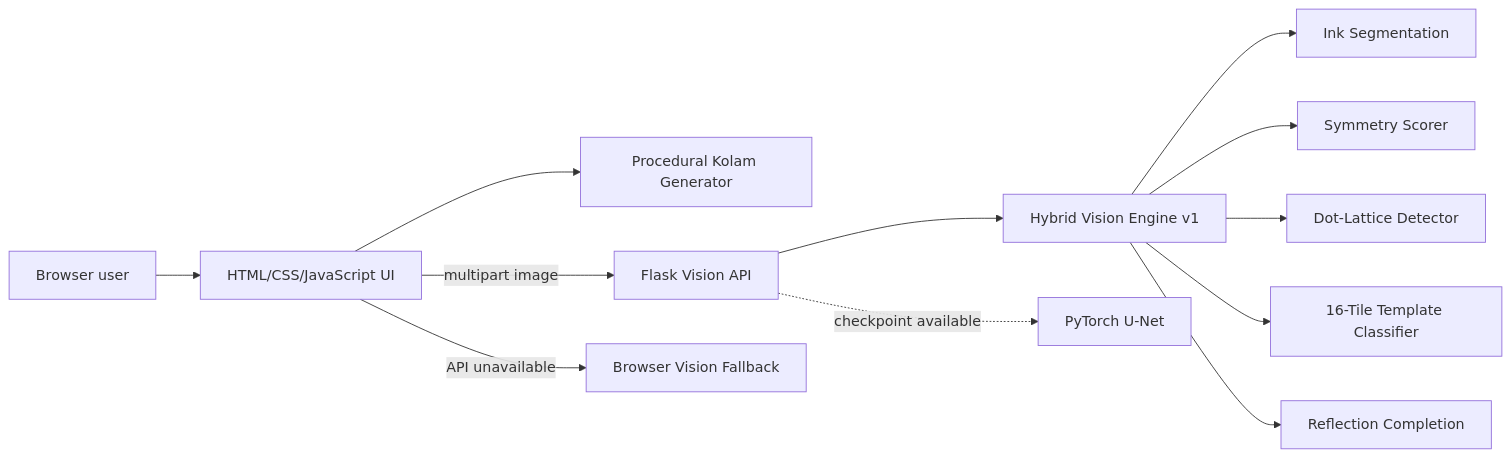
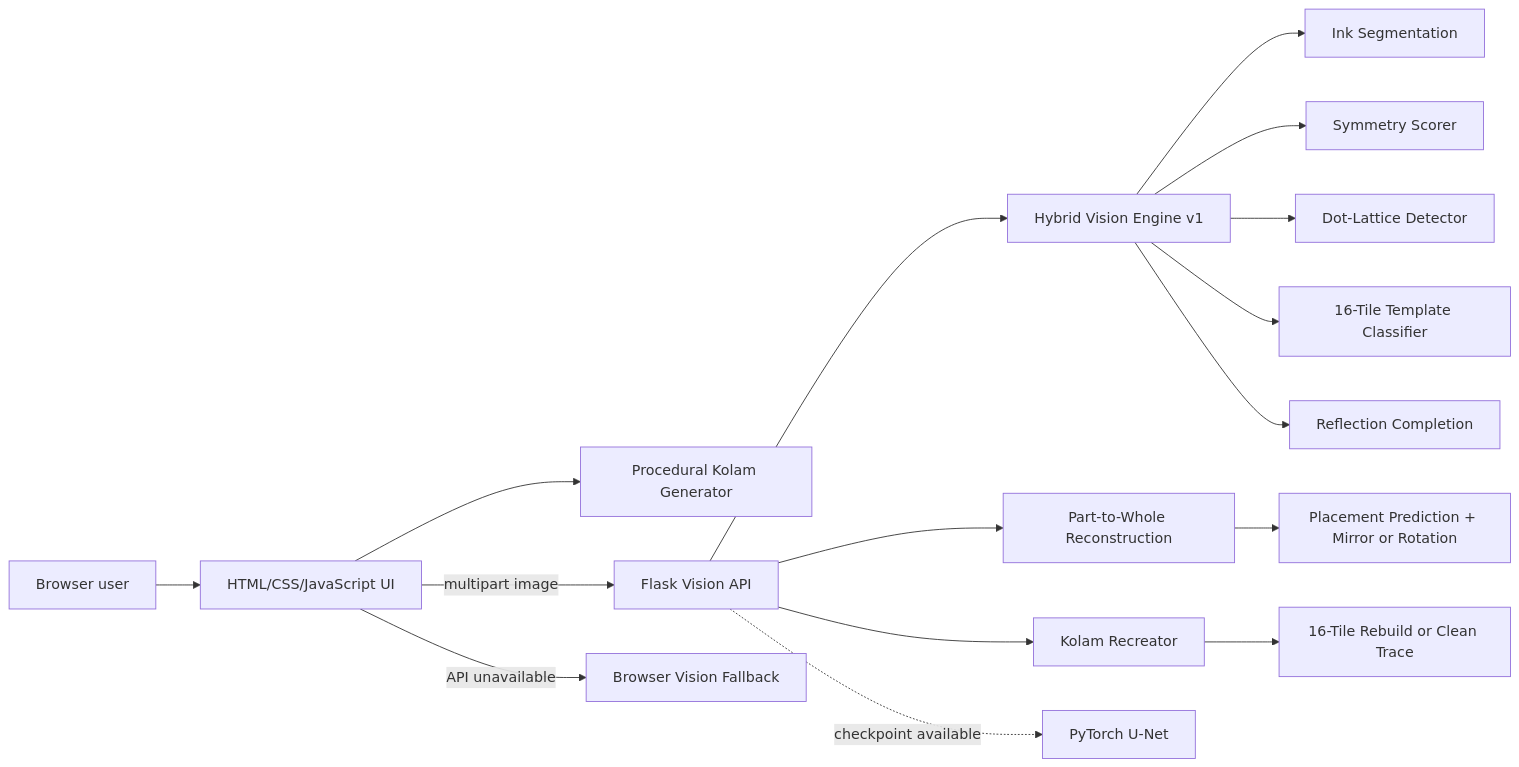
The diagram in docs/ARCHITECTURE.md (AkashRaam/KOLAMAYA), drawn with Mermaid before and after one commit. The commit also changed 43 other files, not shown here.

````diff
--- a/docs/ARCHITECTURE.md
+++ b/docs/ARCHITECTURE.md
@@ -3,14 +3,18 @@
 ```mermaid
 flowchart LR
     U[Browser user] --> UI[HTML/CSS/JavaScript UI]
     UI --> G[Procedural Kolam Generator]
     UI -->|multipart image| API[Flask Vision API]
     API --> H[Hybrid Vision Engine v1]
     H --> S[Ink Segmentation]
     H --> Y[Symmetry Scorer]
     H --> L[Dot-Lattice Detector]
     H --> T[16-Tile Template Classifier]
     H --> R[Reflection Completion]
+    API --> P[Part-to-Whole Reconstruction]
+    P --> Q[Placement Prediction + Mirror or Rotation]
+    API --> C[Kolam Recreator]
+    C --> D[16-Tile Rebuild or Clean Trace]
     API -. checkpoint available .-> N[PyTorch U-Net]
     UI -->|API unavailable| F[Browser Vision Fallback]
 ```
````
